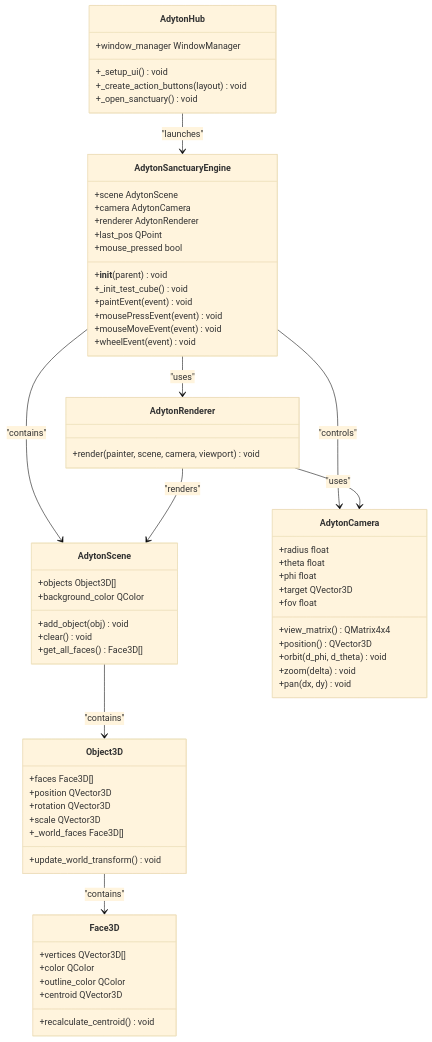
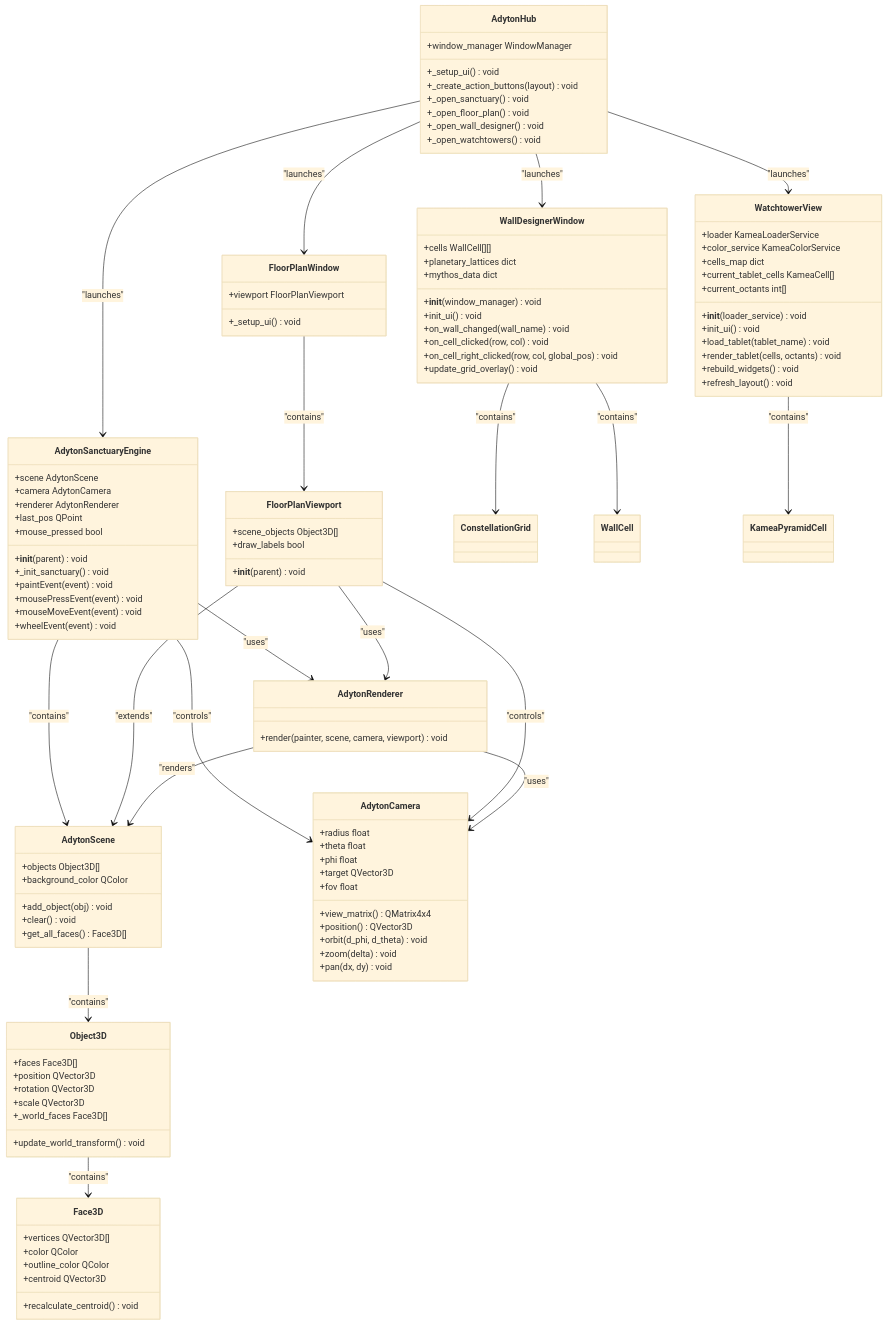
The third of 10 diagrams in .qoder/repowiki/en/content/Architecture Overview/Pillar-Based Architecture/Adyton Pillar/Adyton Pillar.md (TheDaniel166/IsopGem), drawn with Mermaid (base theme) before and after one commit. The commit also changed other lines of this file and 29 other files, not shown here.

```diff
--- a/.qoder/repowiki/en/content/Architecture Overview/Pillar-Based Architecture/Adyton Pillar/Adyton Pillar.md
+++ b/.qoder/repowiki/en/content/Architecture Overview/Pillar-Based Architecture/Adyton Pillar/Adyton Pillar.md
@@ -127,6 +181,9 @@
 +_setup_ui() void
 +_create_action_buttons(layout) void
 +_open_sanctuary() void
++_open_floor_plan() void
++_open_wall_designer() void
++_open_watchtowers() void
 }
 class AdytonSanctuaryEngine {
 +scene AdytonScene
@@ -135,11 +192,44 @@
 +last_pos QPoint
 +mouse_pressed bool
 +__init__(parent) void
-+_init_test_cube() void
++_init_sanctuary() void
 +paintEvent(event) void
 +mousePressEvent(event) void
 +mouseMoveEvent(event) void
 +wheelEvent(event) void
+}
+class FloorPlanWindow {
++viewport FloorPlanViewport
++_setup_ui() void
+}
+class FloorPlanViewport {
++scene_objects Object3D[]
++draw_labels bool
++__init__(parent) void
+}
+class WallDesignerWindow {
++cells WallCell[][]
++planetary_lattices dict
++mythos_data dict
++__init__(window_manager) void
++init_ui() void
++on_wall_changed(wall_name) void
++on_cell_clicked(row, col) void
++on_cell_right_clicked(row, col, global_pos) void
++update_grid_overlay() void
+}
+class WatchtowerView {
++loader KameaLoaderService
++color_service KameaColorService
++cells_map dict
++current_tablet_cells KameaCell[]
++current_octants int[]
++__init__(loader_service) void
++init_ui() void
++load_tablet(tablet_name) void
++render_tablet(cells, octants) void
++rebuild_widgets() void
++refresh_layout() void
 }
 class AdytonScene {
 +objects Object3D[]
@@ -179,9 +269,19 @@
 +recalculate_centroid() void
 }
 AdytonHub --> AdytonSanctuaryEngine : "launches"
+AdytonHub --> FloorPlanWindow : "launches"
+AdytonHub --> WallDesignerWindow : "launches"
+AdytonHub --> WatchtowerView : "launches"
 AdytonSanctuaryEngine --> AdytonScene : "contains"
 AdytonSanctuaryEngine --> AdytonCamera : "controls"
 AdytonSanctuaryEngine --> AdytonRenderer : "uses"
+FloorPlanWindow --> FloorPlanViewport : "contains"
+FloorPlanViewport --> AdytonScene : "extends"
+FloorPlanViewport --> AdytonCamera : "controls"
+FloorPlanViewport --> AdytonRenderer : "uses"
+WallDesignerWindow --> ConstellationGrid : "contains"
+WallDesignerWindow --> WallCell : "contains"
+WatchtowerView --> KameaPyramidCell : "contains"
 AdytonRenderer --> AdytonScene : "renders"
 AdytonRenderer --> AdytonCamera : "uses"
 AdytonScene --> Object3D : "contains"
```
